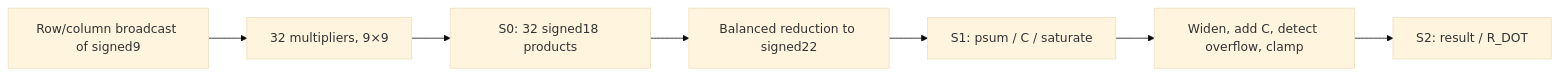
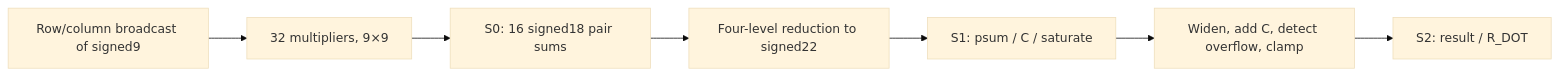
One commit to yuhin777/Allegro changed the diagram in doc/rtl_specs/dot/blackwell_int8_dot.md. Above: the diagram before and after it, drawn with Mermaid (base theme). The commit also changed other lines of this file and 39 other files, not shown here.

````diff
--- a/doc/rtl_specs/dot/blackwell_int8_dot.md
+++ b/doc/rtl_specs/dot/blackwell_int8_dot.md
@@ -12,9 +12,9 @@
 ```mermaid
 flowchart LR
   I["Row/column broadcast of signed9"] --> M["32 multipliers, 9×9"]
-  M --> S0["S0: 32 signed18 products"]
-  S0 --> T["Balanced reduction to signed22"]
+  M --> S0["S0: 16 signed18 pair sums"]
+  S0 --> T["Four-level reduction to signed22"]
   T --> S1[S1: psum / C / saturate]
   S1 --> A["Widen, add C, detect overflow, clamp"]
   A --> S2[S2: result / R_DOT]
 ```
````
